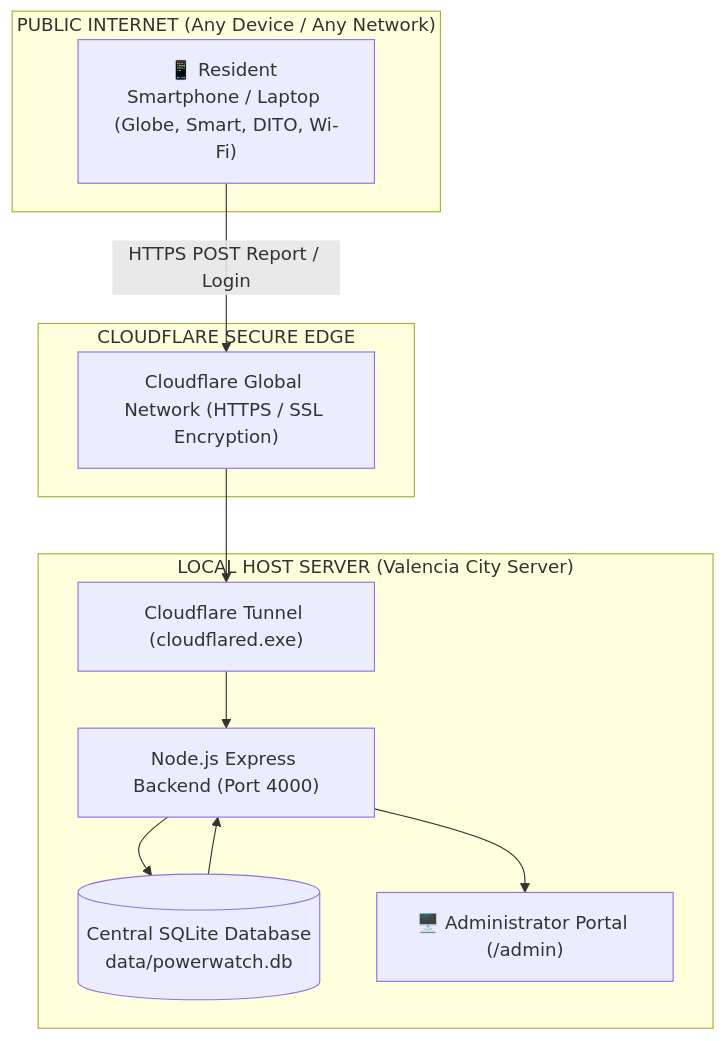
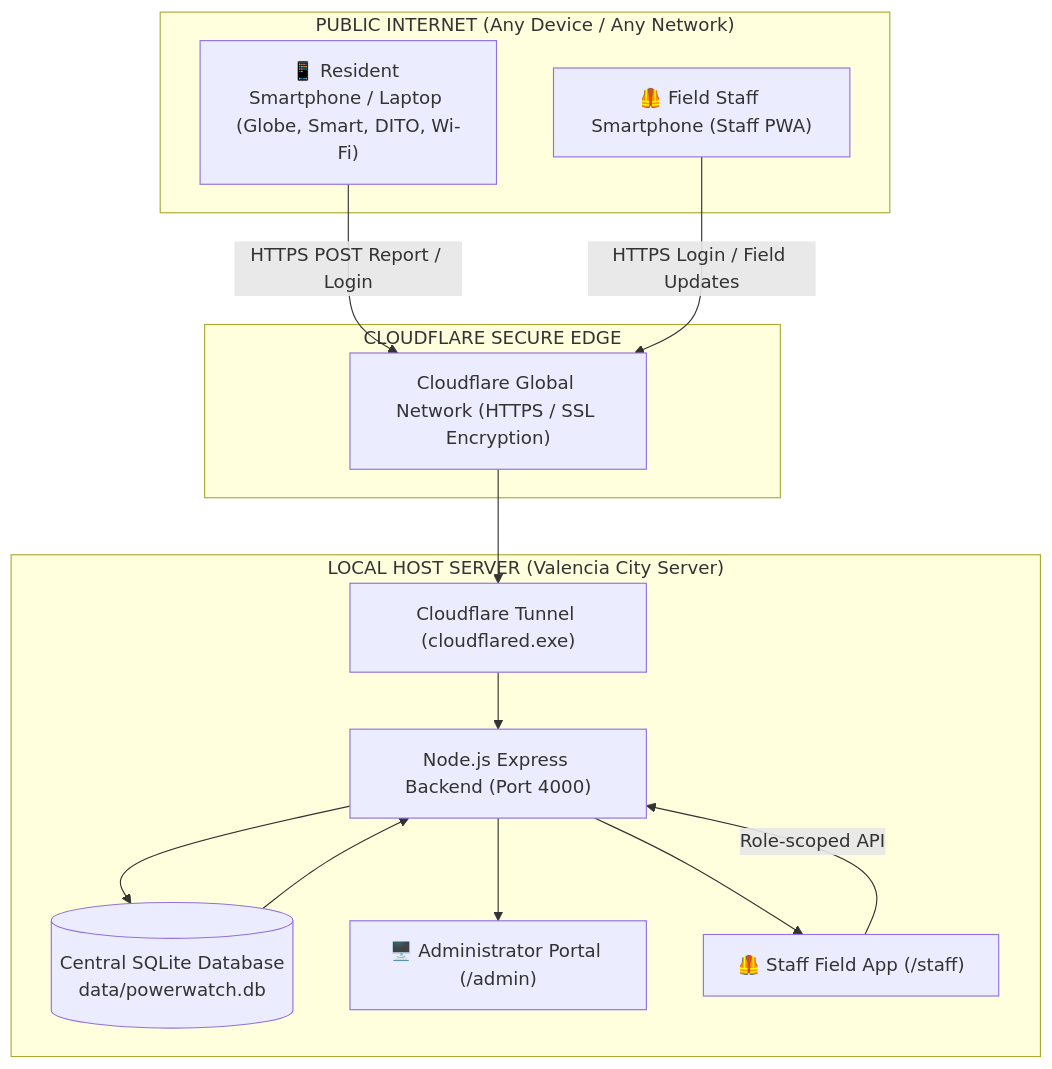
The diagram in SYSTEM_DEPLOYMENT_AND_USER_GUIDE.md (DELMARKELL09652703584/valencia-powerwatch), drawn with Mermaid before and after one commit. The commit also changed other lines of this file and 12 other files, not shown here.

Commit message:
Add staff field response PWA

````diff
--- a/SYSTEM_DEPLOYMENT_AND_USER_GUIDE.md
+++ b/SYSTEM_DEPLOYMENT_AND_USER_GUIDE.md
@@ -45,24 +55,29 @@
 ```mermaid
 flowchart TD
     subgraph Public_Internet["PUBLIC INTERNET (Any Device / Any Network)"]
         UserPhone["📱 Resident Smartphone / Laptop (Globe, Smart, DITO, Wi-Fi)"]
+        StaffPhone["🦺 Field Staff Smartphone (Staff PWA)"]
     end
 
     subgraph Cloudflare_Edge["CLOUDFLARE SECURE EDGE"]
         CF["Cloudflare Global Network (HTTPS / SSL Encryption)"]
     end
 
     subgraph Host_Machine["LOCAL HOST SERVER (Valencia City Server)"]
         Tunnel["Cloudflare Tunnel (cloudflared.exe)"]
         Express["Node.js Express Backend (Port 4000)"]
         DB[("Central SQLite Database\ndata/powerwatch.db")]
         AdminWeb["🖥️ Administrator Portal (/admin)"]
+        StaffWeb["🦺 Staff Field App (/staff)"]
     end
 
     UserPhone -->|HTTPS POST Report / Login| CF
     CF --> Tunnel
     Tunnel --> Express
     Express --> DB
     DB --> Express
     Express --> AdminWeb
+    Express --> StaffWeb
+    StaffPhone -->|HTTPS Login / Field Updates| CF
+    StaffWeb -->|Role-scoped API| Express
 ```
````
